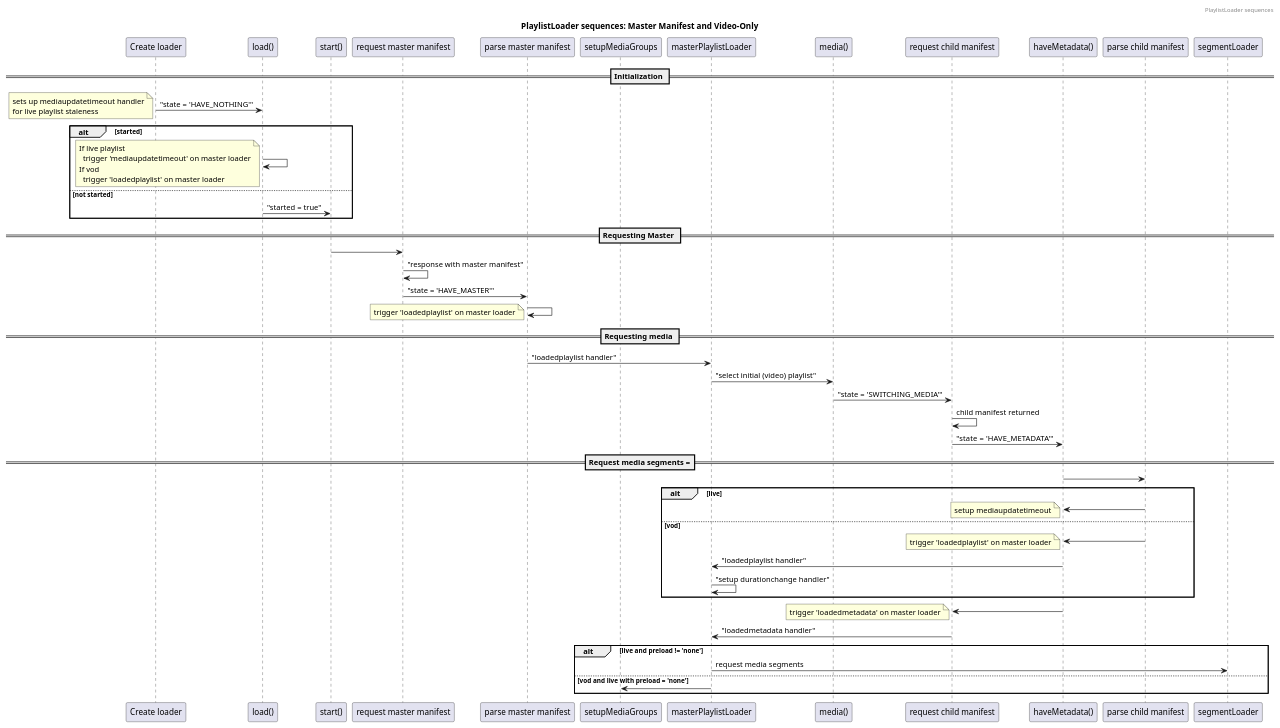
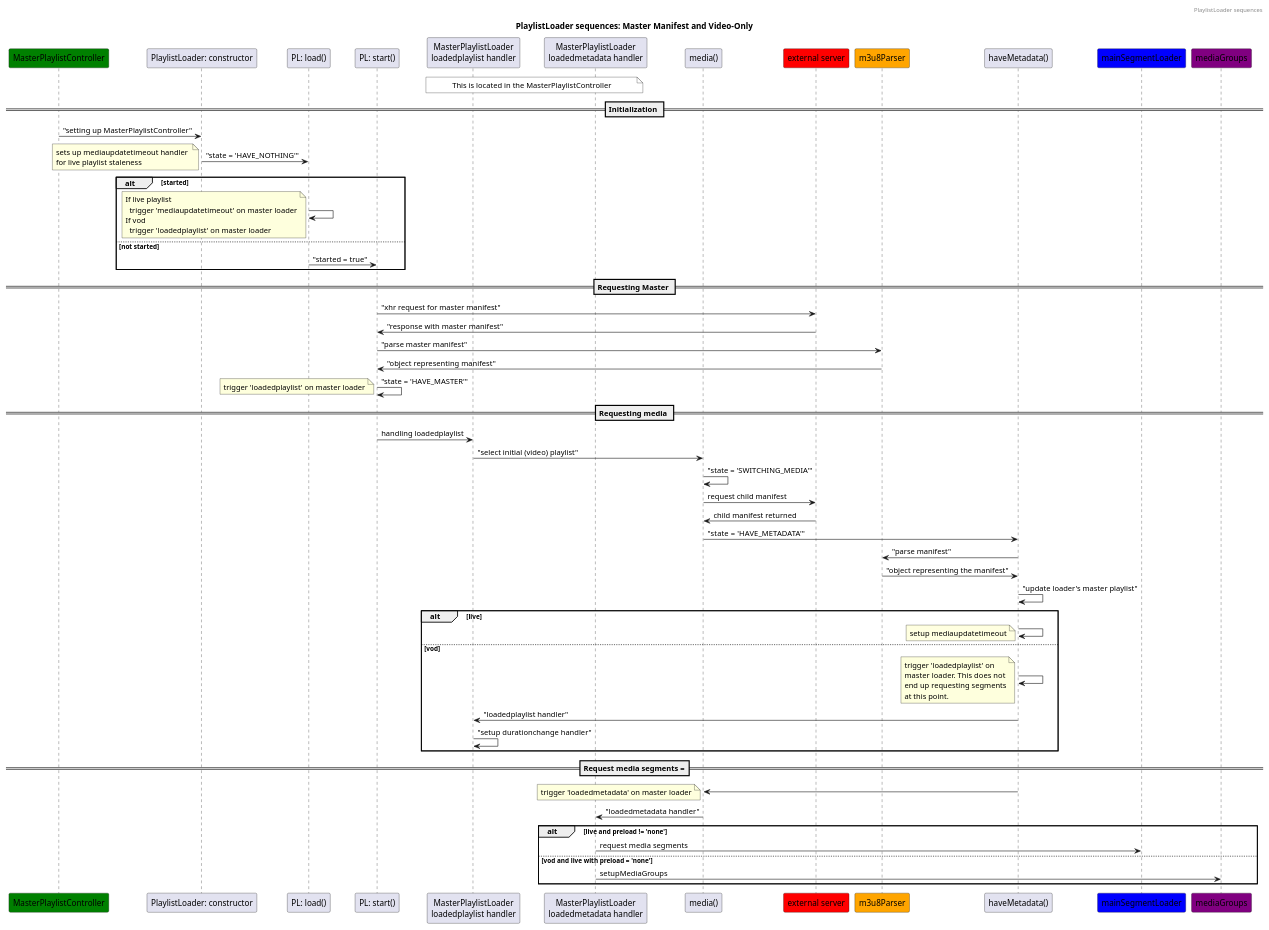
The diagram in docs/images/playlist-loader-master-video-only-sequence.plantuml (videojs/http-streaming), drawn with PlantUML before and after one commit. The commit also changed 1 other file, not shown here.

Commit message:
revised diagram

```diff
--- a/docs/images/playlist-loader-master-video-only-sequence.plantuml
+++ b/docs/images/playlist-loader-master-video-only-sequence.plantuml
@@ -1,98 +1,97 @@
 @startuml
 
 header PlaylistLoader sequences
-
 title PlaylistLoader sequences: Master Manifest and Video-Only
 
-Participant "Create loader" as constructor
-Participant "load()" as load
-Participant "start()" as start
-Participant "request master manifest" as requestMaster
-Participant "parse master manifest" as parseMaster
-Participant "setupMediaGroups" as setupMediaGroups
-Participant "masterPlaylistLoader" as MPL
+Participant "MasterPlaylistController" as MPC #green
+Participant "PlaylistLoader: constructor" as PLc
+Participant "PL: load()" as load
+Participant "PL: start()" as start
+Participant "MasterPlaylistLoader\nloadedplaylist handler" as lpH
+Participant "MasterPlaylistLoader\nloadedmetadata handler" as lmH
+  note over lmH, lpH #white: This is located in the MasterPlaylistController
 Participant "media()" as media
-Participant "request child manifest" as requestChild
+Participant "external server" as ext #red
+Participant "m3u8Parser" as parser #orange
 Participant "haveMetadata()" as haveMetadata
-Participant "parse child manifest" as parseChild
-Participant "segmentLoader" as SL
+Participant "mainSegmentLoader" as SL #blue
+Participant "mediaGroups" as mG #purple
 
 == Initialization ==
 
-constructor -> load : "state = 'HAVE_NOTHING'"
-note left
-  sets up mediaupdatetimeout handler
-  for live playlist staleness
-end note
+MPC -> PLc : "setting up MasterPlaylistController"
+
+PLc -> load : "state = 'HAVE_NOTHING'"
+note left #lightyellow: sets up mediaupdatetimeout handler \nfor live playlist staleness
 
 alt started
   load -> load
   note left
     If live playlist
       trigger 'mediaupdatetimeout' on master loader
     If vod
       trigger 'loadedplaylist' on master loader
   end note
 
 else not started
 
 	load -> start : "started = true"
 
 end
 
 == Requesting Master ==
 
-start -> requestMaster
-requestMaster -> requestMaster : "response with master manifest"
-requestMaster -> parseMaster : "state = 'HAVE_MASTER'"
-
-parseMaster -> parseMaster
-note left
-  trigger 'loadedplaylist' on master loader
-end note
+start -> ext: "xhr request for master manifest"
+ext -> start : "response with master manifest"
+start -> parser: "parse master manifest"
+parser -> start: "object representing manifest"
+start -> start : "state = 'HAVE_MASTER'"
+note left: trigger 'loadedplaylist' on master loader
 
 == Requesting media ==
 
-parseMaster -> MPL : "loadedplaylist handler"
-MPL -> media : "select initial (video) playlist"
+start -> lpH: handling loadedplaylist
+lpH -> media : "select initial (video) playlist"
 
-media -> requestChild : "state = 'SWITCHING_MEDIA'"
-requestChild -> requestChild : child manifest returned
+media -> media : "state = 'SWITCHING_MEDIA'"
+media -> ext : request child manifest
+ext -> media: child manifest returned
 
-requestChild -> haveMetadata: "state = 'HAVE_METADATA'"
+media -> haveMetadata: "state = 'HAVE_METADATA'"
+haveMetadata -> parser: "parse manifest"
+parser -> haveMetadata: "object representing the manifest"
+haveMetadata -> haveMetadata: "update loader's master playlist"
+
+alt live
+  haveMetadata -> haveMetadata
+  note left #lightyellow: setup mediaupdatetimeout
+
+else vod
+  haveMetadata -> haveMetadata
+  note left
+    trigger 'loadedplaylist' on
+    master loader. This does not
+    end up requesting segments
+    at this point.
+  end note
+
+  haveMetadata -> lpH : "loadedplaylist handler"
+  lpH -> lpH : "setup durationchange handler"
+end
 
 == Request media segments ===
 
-haveMetadata -> parseChild
-  alt live
-    parseChild -> haveMetadata
-    note left
-      setup mediaupdatetimeout
-    end note
+haveMetadata -> media
+  note left: trigger 'loadedmetadata' on master loader
 
-  else vod
-    parseChild -> haveMetadata
-    note left
-      trigger 'loadedplaylist' on master loader
-    end note
-
-    haveMetadata -> MPL : "loadedplaylist handler"
-    MPL -> MPL : "setup durationchange handler"
-  end
-
-haveMetadata -> requestChild
-  note left
-    trigger 'loadedmetadata' on master loader
-  end note
-
-requestChild -> MPL  : "loadedmetadata handler"
+media -> lmH  : "loadedmetadata handler"
 
 alt live and preload != 'none'
-  MPL -> SL: request media segments
+  lmH -> SL: request media segments
 
 else vod and live with preload = 'none'
-  MPL -> setupMediaGroups
+  lmH -> mG: setupMediaGroups
 
 end
 
 @enduml
```
